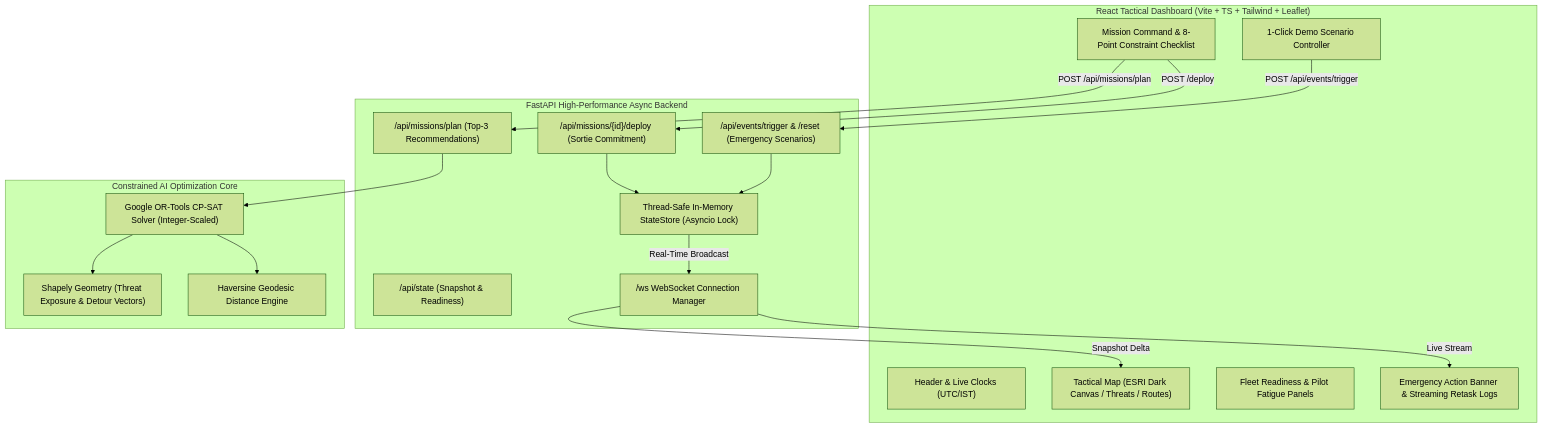
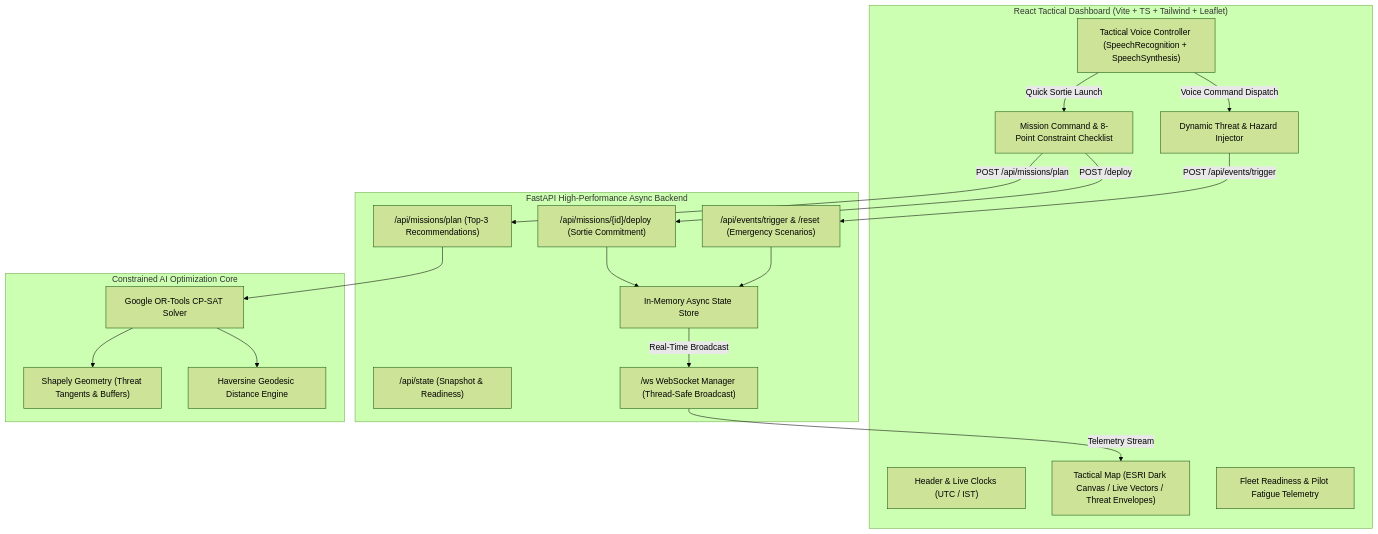
The diagram in AirPower/README.md (Chirag-kankani/IndianAirForcePower), drawn with Mermaid (forest theme) before and after one commit. The commit also changed other lines of this file and 1 other file, not shown here.

Commit message:
docs: add comprehensive README with live deployment URL (https://indianairforcepower.onrender.com/)

````diff
--- a/AirPower/README.md
+++ b/AirPower/README.md
@@ -17,38 +50,39 @@
 ```mermaid
 flowchart TB
     subgraph Frontend["React Tactical Dashboard (Vite + TS + Tailwind + Leaflet)"]
-        UI_Head["Header & Live Clocks (UTC/IST)"]
-        UI_Map["Tactical Map (ESRI Dark Canvas / Threats / Routes)"]
-        UI_Fleet["Fleet Readiness & Pilot Fatigue Panels"]
+        UI_Head["Header & Live Clocks (UTC / IST)"]
+        UI_Map["Tactical Map (ESRI Dark Canvas / Live Vectors / Threat Envelopes)"]
+        UI_Fleet["Fleet Readiness & Pilot Fatigue Telemetry"]
         UI_Plan["Mission Command & 8-Point Constraint Checklist"]
-        UI_Alerts["Emergency Action Banner & Streaming Retask Logs"]
-        UI_Demo["1-Click Demo Scenario Controller"]
+        UI_Voice["Tactical Voice Controller (SpeechRecognition + SpeechSynthesis)"]
+        UI_Events["Dynamic Threat & Hazard Injector"]
     end
 
     subgraph Backend["FastAPI High-Performance Async Backend"]
         API_State["/api/state (Snapshot & Readiness)"]
         API_Plan["/api/missions/plan (Top-3 Recommendations)"]
         API_Deploy["/api/missions/{id}/deploy (Sortie Commitment)"]
         API_Events["/api/events/trigger & /reset (Emergency Scenarios)"]
-        WS_Server["/ws WebSocket Connection Manager"]
-        StateStore["Thread-Safe In-Memory StateStore (Asyncio Lock)"]
+        WS_Server["/ws WebSocket Manager (Thread-Safe Broadcast)"]
+        StateStore["In-Memory Async State Store"]
     end
 
-    subgraph OptimizationEngine["Constrained AI Optimization Core"]
-        CPSAT["Google OR-Tools CP-SAT Solver (Integer-Scaled)"]
-        ShapelyGeo["Shapely Geometry (Threat Exposure & Detour Vectors)"]
+    subgraph Engine["Constrained AI Optimization Core"]
+        CPSAT["Google OR-Tools CP-SAT Solver"]
+        ShapelyGeo["Shapely Geometry (Threat Tangents & Buffers)"]
         GeopyGeo["Haversine Geodesic Distance Engine"]
     end
 
     UI_Plan -->|POST /api/missions/plan| API_Plan
     API_Plan --> CPSAT
     CPSAT --> ShapelyGeo
     CPSAT --> GeopyGeo
     UI_Plan -->|POST /deploy| API_Deploy
     API_Deploy --> StateStore
-    UI_Demo -->|POST /api/events/trigger| API_Events
+    UI_Voice -->|Voice Command Dispatch| UI_Events
+    UI_Voice -->|Quick Sortie Launch| UI_Plan
+    UI_Events -->|POST /api/events/trigger| API_Events
     API_Events --> StateStore
     StateStore -->|Real-Time Broadcast| WS_Server
-    WS_Server -->|Live Stream| UI_Alerts
-    WS_Server -->|Snapshot Delta| UI_Map
+    WS_Server -->|Telemetry Stream| UI_Map
 ```
````
